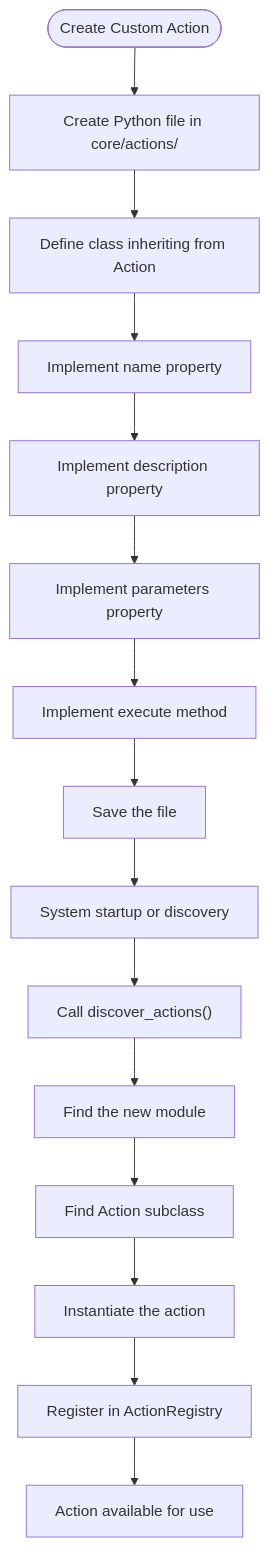
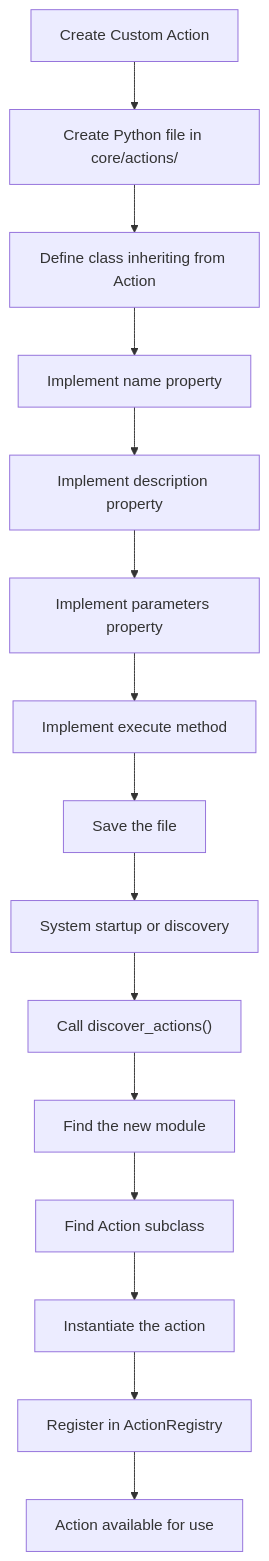
The sixth of 7 diagrams in docs/Action System/Action Registry.md (Likhithsai2580/RAVANA-WIKI), drawn with Mermaid before and after one commit. The commit also changed other lines of this file and 52 other files, not shown here.

First line of the commit message:
chore(docs): update documentation content, fix Mermaid diagrams, and enhance README

````diff
--- a/docs/Action System/Action Registry.md
+++ b/docs/Action System/Action Registry.md
@@ -399,17 +399,17 @@
 ```mermaid
 flowchart TD
-Start([Create Custom Action]) --> CreateFile["Create Python file in core/actions/"]
+Start["Create Custom Action"] --> CreateFile["Create Python file in core/actions/"]
 CreateFile --> DefineClass["Define class inheriting from Action"]
 DefineClass --> ImplementName["Implement name property"]
 ImplementName --> ImplementDescription["Implement description property"]
 ImplementDescription --> ImplementParameters["Implement parameters property"]
 ImplementParameters --> ImplementExecute["Implement execute method"]
 ImplementExecute --> SaveFile["Save the file"]
 SaveFile --> SystemStart["System startup or discovery"]
 SystemStart --> DiscoverActions["Call discover_actions()"]
 DiscoverActions --> FindModule["Find the new module"]
 FindModule --> FindClass["Find Action subclass"]
 FindClass --> Instantiate["Instantiate the action"]
 Instantiate --> Register["Register in ActionRegistry"]
 Register --> Available["Action available for use"]
 ```
````
